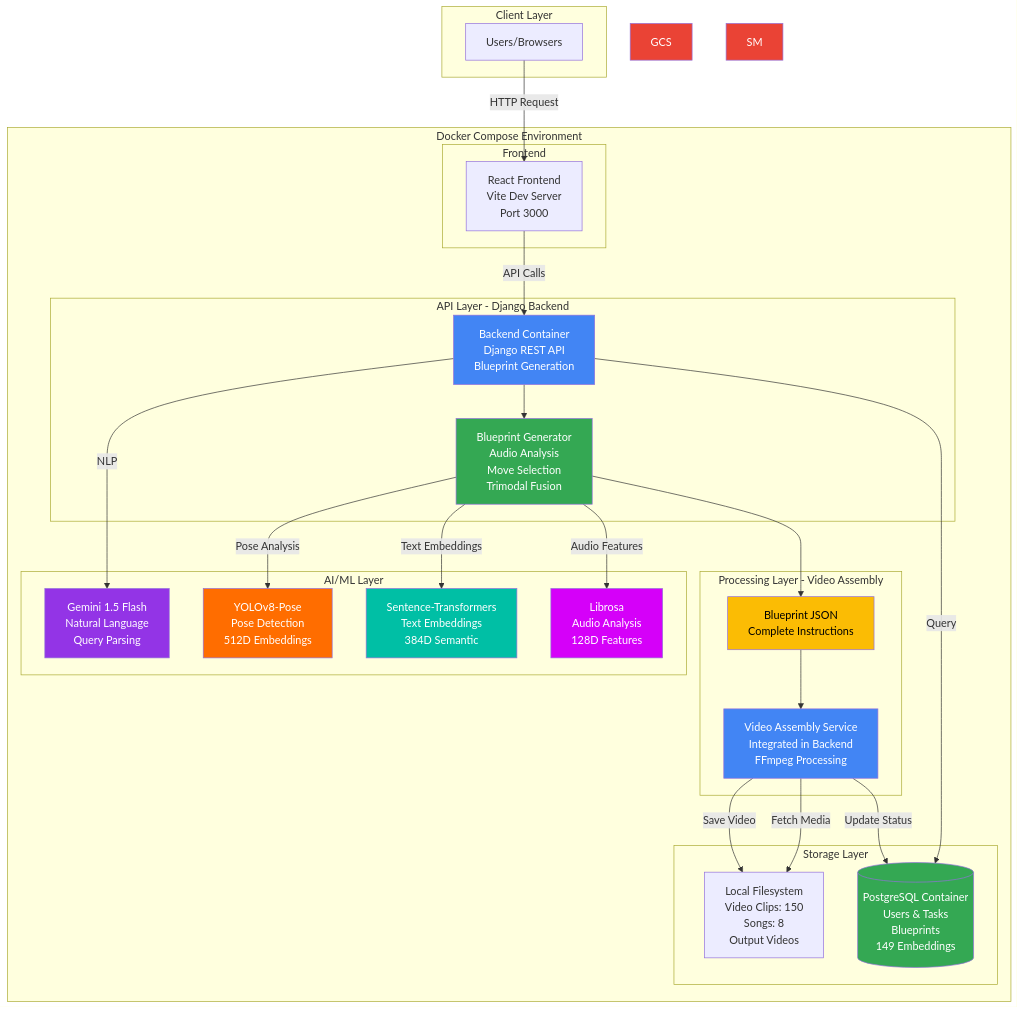
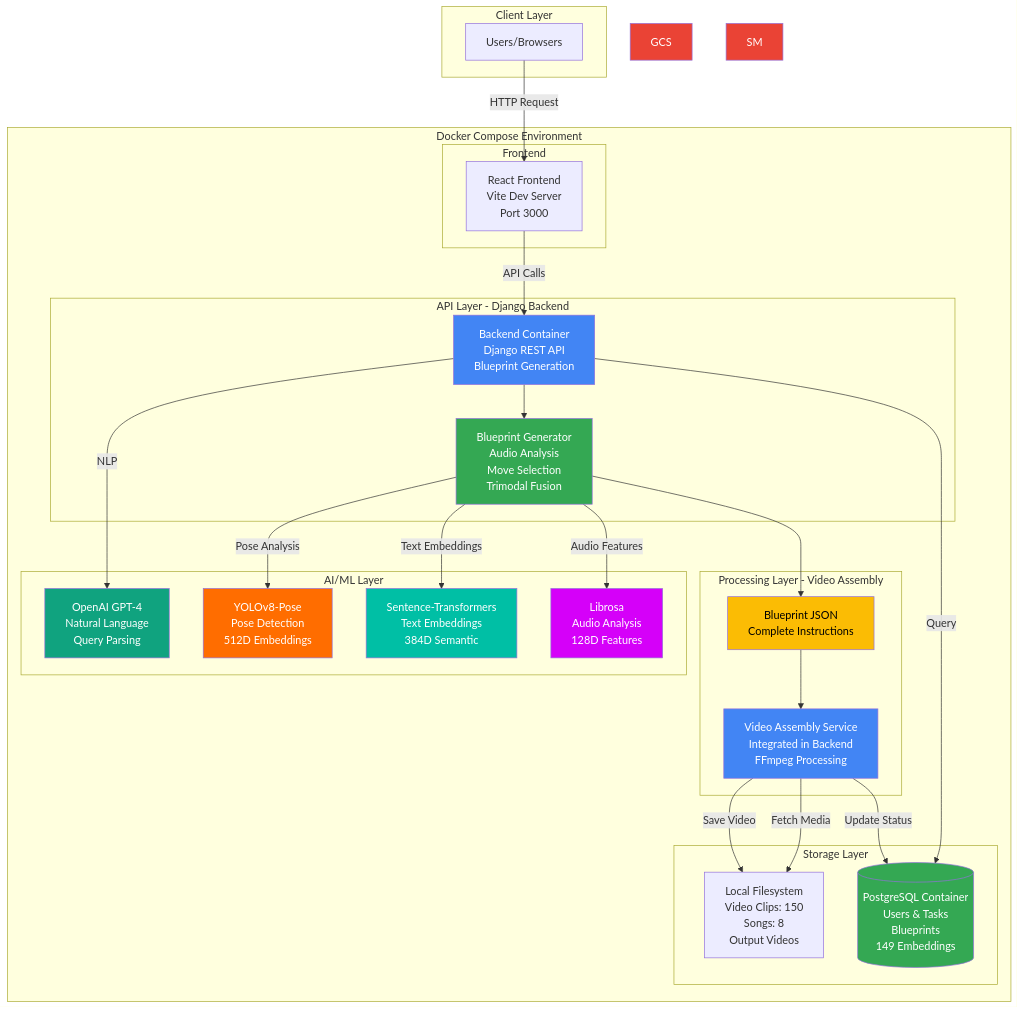
One commit to erickrex/bachata_buddy changed the second of 3 diagrams in README.md. Above: the diagram before and after it, drawn with Mermaid. The commit also changed other lines of this file and 33 other files, not shown here.

````diff
--- a/README.md
+++ b/README.md
@@ -1523,60 +1510,60 @@
 ```mermaid
 graph TB
     subgraph "Client Layer"
         U[Users/Browsers]
     end
     
     subgraph "Docker Compose Environment"
         subgraph "API Layer - Django Backend"
             API[Backend Container<br/>Django REST API<br/>Blueprint Generation]
             BG[Blueprint Generator<br/>Audio Analysis<br/>Move Selection<br/>Trimodal Fusion]
             API --> BG
         end
         
         subgraph "Processing Layer - Video Assembly"
             VA[Video Assembly Service<br/>Integrated in Backend<br/>FFmpeg Processing]
             BP[Blueprint JSON<br/>Complete Instructions]
             BG --> BP
             BP --> VA
         end
         
         subgraph "Storage Layer"
             FS[Local Filesystem<br/>Video Clips: 150<br/>Songs: 8<br/>Output Videos]
             SQL[(PostgreSQL Container<br/>Users & Tasks<br/>Blueprints<br/>149 Embeddings)]
         end
         
         subgraph "AI/ML Layer"
-            GEMINI[Gemini 1.5 Flash<br/>Natural Language<br/>Query Parsing]
+            OPENAI[OpenAI GPT-4<br/>Natural Language<br/>Query Parsing]
             YOLO[YOLOv8-Pose<br/>Pose Detection<br/>512D Embeddings]
             ST[Sentence-Transformers<br/>Text Embeddings<br/>384D Semantic]
             LIB[Librosa<br/>Audio Analysis<br/>128D Features]
         end
         
         subgraph "Frontend"
             FE[React Frontend<br/>Vite Dev Server<br/>Port 3000]
         end
     end
     
     U -->|HTTP Request| FE
     FE -->|API Calls| API
     API -->|Query| SQL
-    API -->|NLP| GEMINI
+    API -->|NLP| OPENAI
     BG -->|Pose Analysis| YOLO
     BG -->|Text Embeddings| ST
     BG -->|Audio Features| LIB
     VA -->|Fetch Media| FS
     VA -->|Update Status| SQL
     VA -->|Save Video| FS
     
     style API fill:#4285f4,color:#fff
     style VA fill:#4285f4,color:#fff
     style BG fill:#34a853,color:#fff
     style BP fill:#fbbc04,color:#000
     style SQL fill:#34a853,color:#fff
     style GCS fill:#ea4335,color:#fff
-    style GEMINI fill:#9334e6,color:#fff
+    style OPENAI fill:#10a37f,color:#fff
     style YOLO fill:#ff6d00,color:#fff
     style ST fill:#00bfa5,color:#fff
     style LIB fill:#d500f9,color:#fff
     style SM fill:#ea4335,color:#fff
 ```
````
